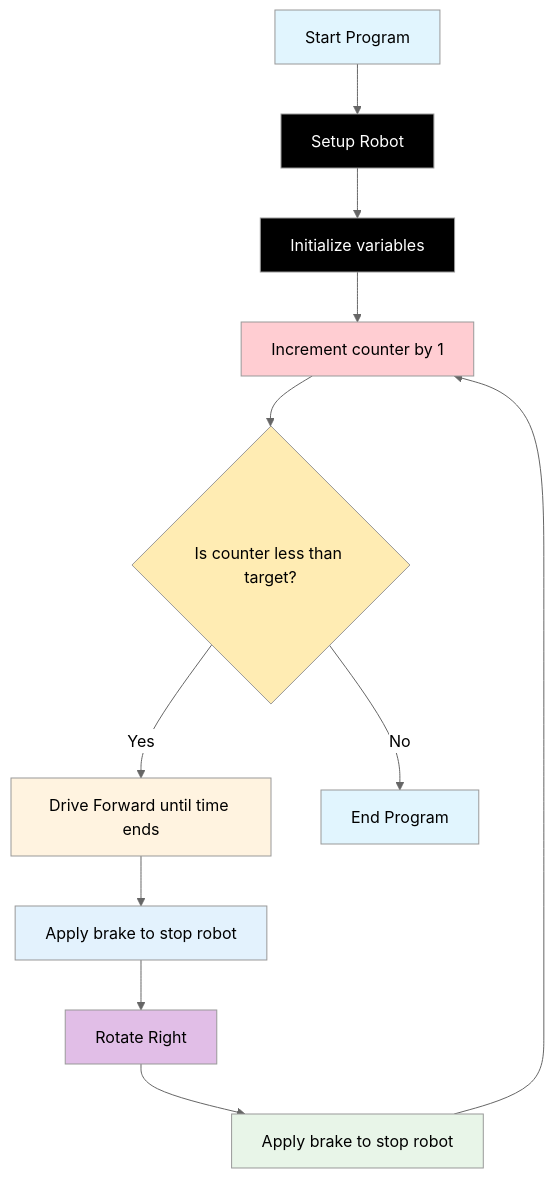
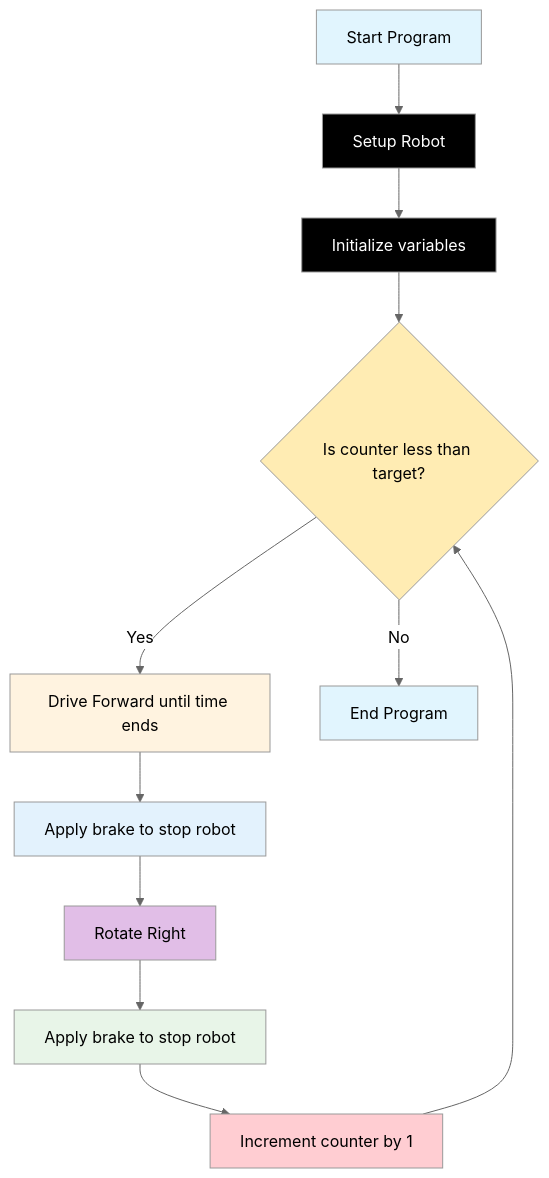
One commit to TempeHS/AIDriver_MicroPython_Challanges changed the diagram in docs/Challenge_4.md. Above: the diagram before and after it, drawn with Mermaid (neutral theme). The commit also changed 1 other file, not shown here.

Commit message:
fix flowcharts

````diff
--- a/docs/Challenge_4.md
+++ b/docs/Challenge_4.md
@@ -18,24 +18,24 @@
 ```mermaid
 flowchart TD
     A[Start Program] --> B[Setup Robot]
     B --> C[Initialize variables]
-    C --> D[Increment counter by 1]
-    D --> E{Is counter less than target?}
+    C --> E{Is counter less than target?}
     E -->|Yes| F[Drive Forward until time ends]
     F --> G[Apply brake to stop robot]
     G --> H[Rotate Right]
     H --> I[Apply brake to stop robot]
-    I --> D
+    I --> D[Increment counter by 1]
+    D --> E
     E -->|No| J[End Program]
 
     style A fill:#e1f5fe,color:#000000
     style B fill:#000000,color:#ffffff
     style C fill:#000000,color:#ffffff
     style D fill:#ffcdd2,color:#000000
     style E fill:#ffecb3,color:#000000
     style F fill:#fff3e0,color:#000000
     style G fill:#e3f2fd,color:#000000
     style H fill:#e1bee7,color:#000000
     style I fill:#e8f5e8,color:#000000
     style J fill:#e1f5fe,color:#000000
 ```
````
